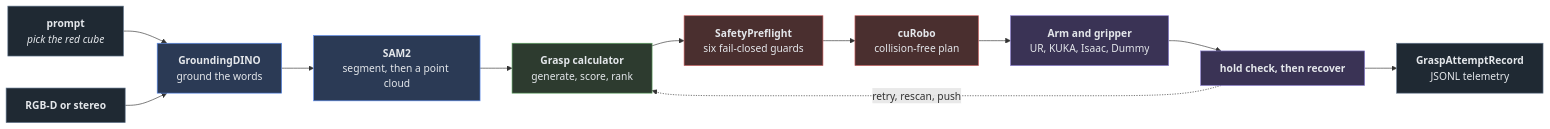
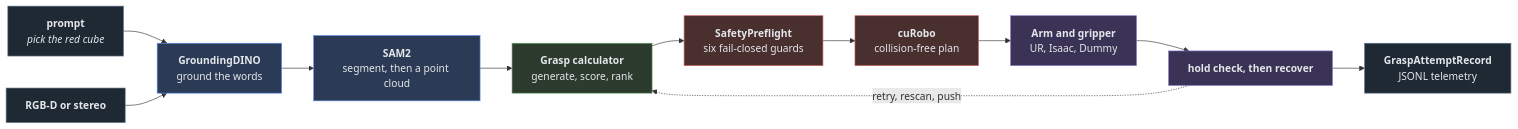
The second of 2 diagrams in README.md (ManterJochen/Workaholic-Willy), drawn with Mermaid before and after one commit. The commit also changed other lines of this file and 934 other files, not shown here.

````diff
--- a/README.md
+++ b/README.md
@@ -228,23 +228,23 @@
 ```mermaid
 flowchart LR
     P["<b>prompt</b><br/><i>pick the red cube</i>"]:::io
     C["<b>RGB-D or stereo</b>"]:::io
     D["<b>GroundingDINO</b><br/>ground the words"]:::perc
     S["<b>SAM2</b><br/>segment, then a point cloud"]:::perc
     G["<b>Grasp calculator</b><br/>generate, score, rank"]:::grasp
     F["<b>SafetyPreflight</b><br/>six fail-closed guards"]:::safe
     M["<b>cuRobo</b><br/>collision-free plan"]:::safe
-    E["<b>Arm and gripper</b><br/>UR, KUKA, Isaac, Dummy"]:::exe
+    E["<b>Arm and gripper</b><br/>UR, Isaac, Dummy"]:::exe
     V["<b>hold check, then recover</b>"]:::exe
     L["<b>GraspAttemptRecord</b><br/>JSONL telemetry"]:::io
 
     P --> D
     C --> D --> S --> G --> F --> M --> E --> V --> L
     V -.->|"retry, rescan, push"| G
 
     classDef io    fill:#1f2933,stroke:#63768d,color:#e4e7eb
     classDef perc  fill:#2b3a55,stroke:#5b8def,color:#e4e7eb
     classDef grasp fill:#2d3b2f,stroke:#5fa463,color:#e4e7eb
     classDef safe  fill:#4a2f2f,stroke:#d16565,color:#e4e7eb
     classDef exe   fill:#3a3355,stroke:#8b7fd1,color:#e4e7eb
 ```
````
